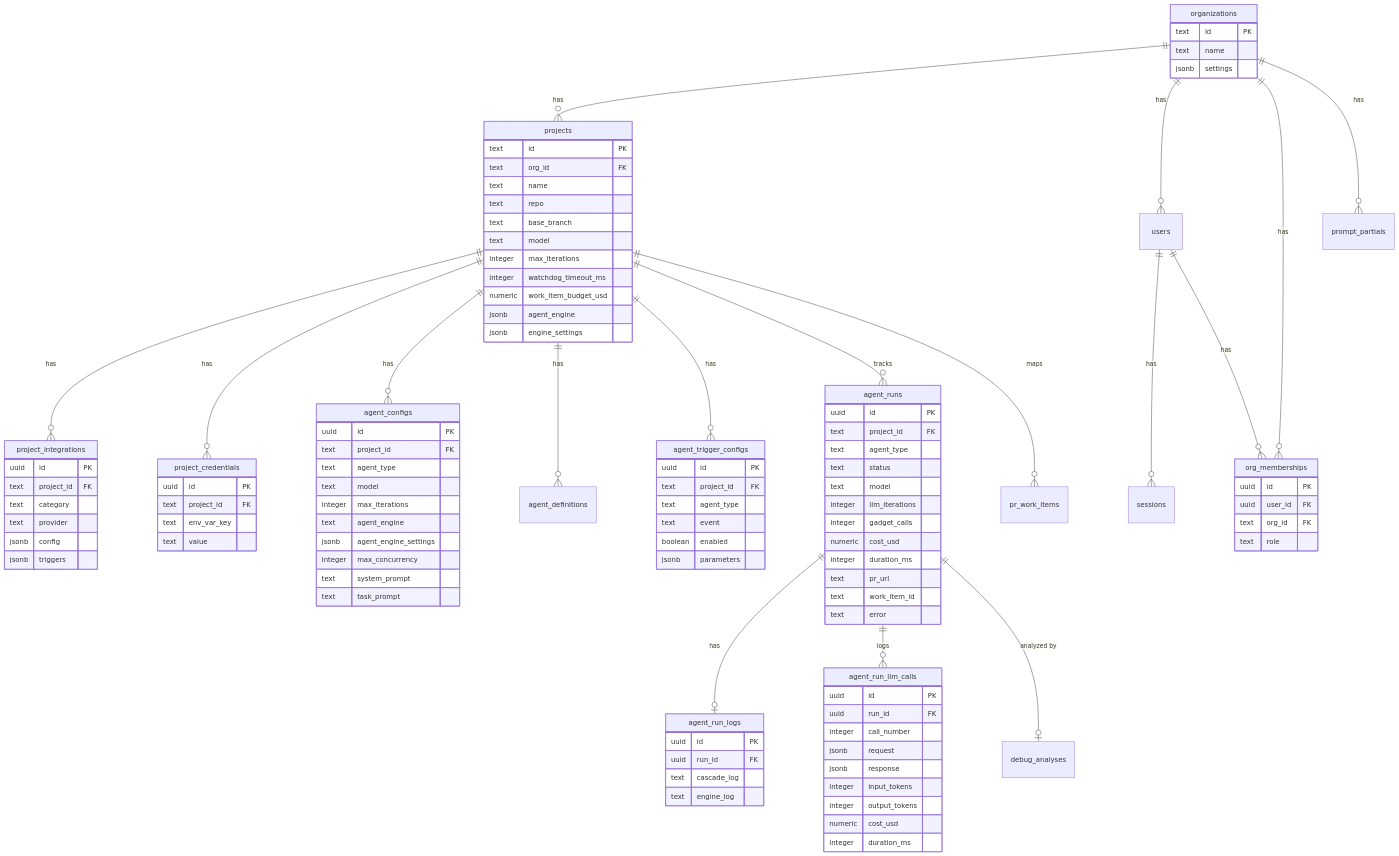
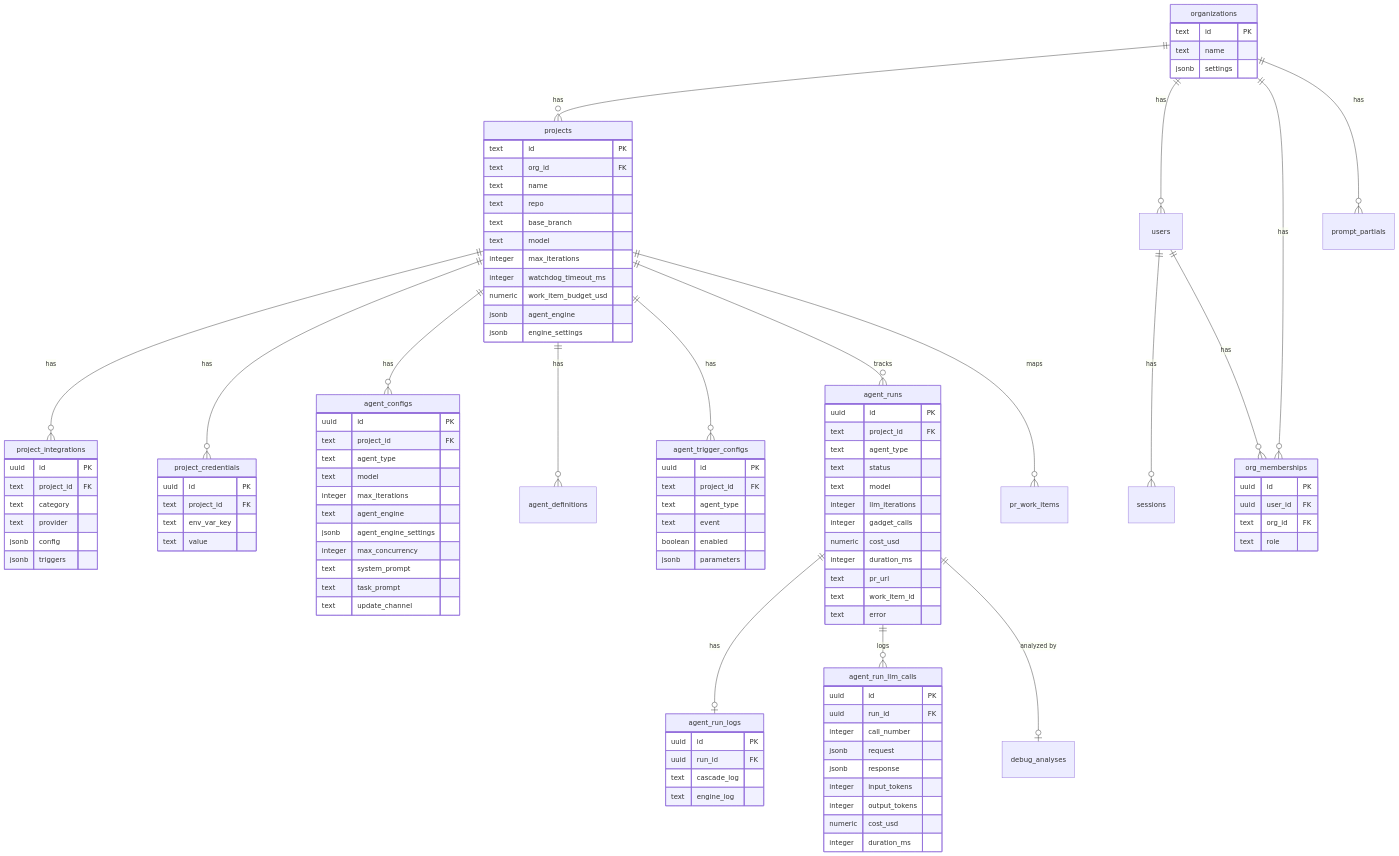
Before and after one commit to appsome/cascade: the diagram in docs/architecture/09-database.md, drawn with Mermaid. The commit also changed 8 other files, not shown here.

```diff
--- a/docs/architecture/09-database.md
+++ b/docs/architecture/09-database.md
@@ -82,6 +82,7 @@
         integer max_concurrency
         text system_prompt
         text task_prompt
+        text update_channel
     }
 
     agent_trigger_configs {
```
